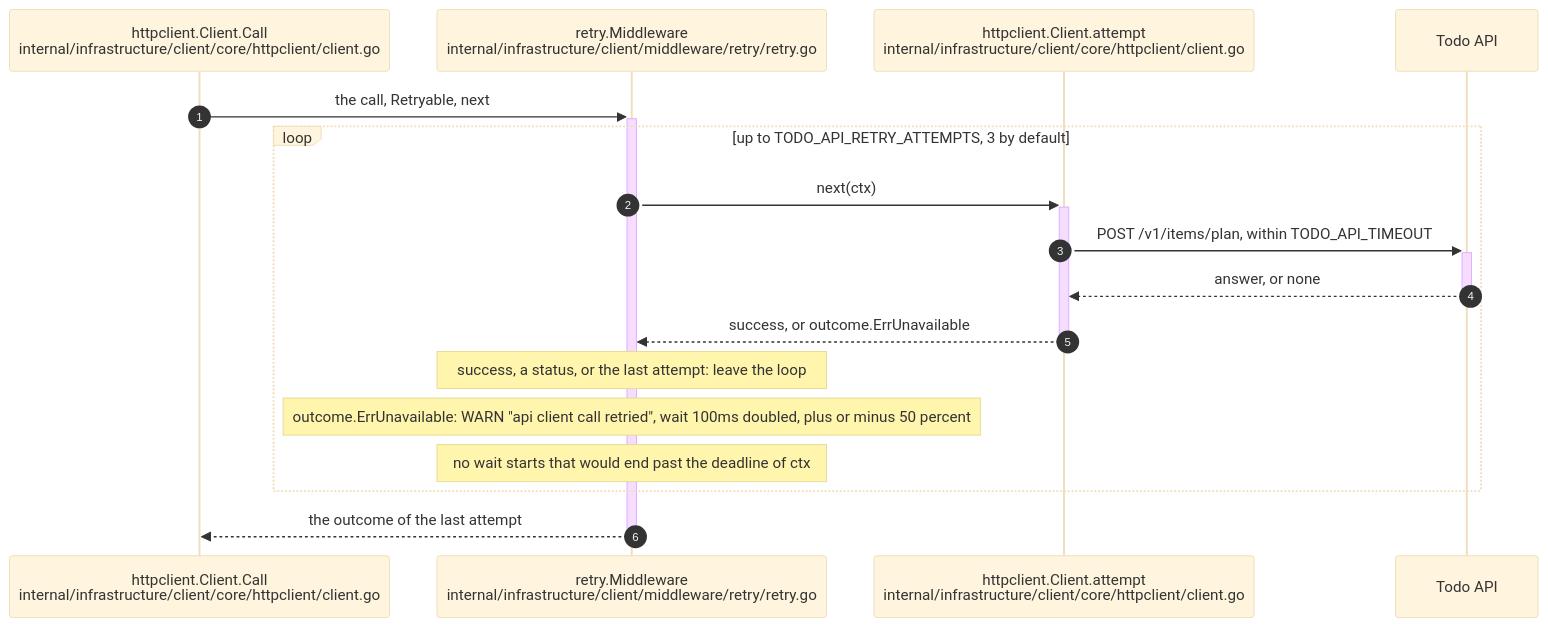
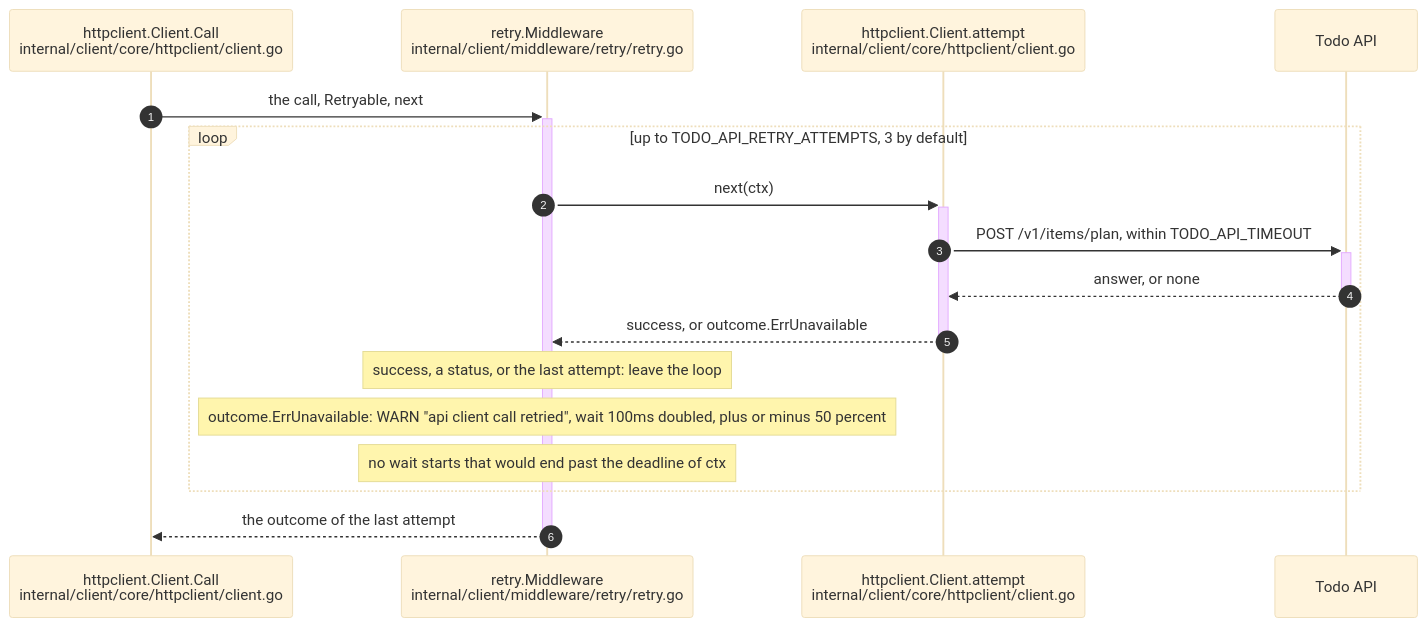
Before and after one commit to InsonusK/ai-skills: the diagram in library/architecture/go/vp-client-retry-in-go.skill/diagrams/example-flow.mmd, drawn with Mermaid (base theme). The commit also changed 646 other files, not shown here.

Commit message:
refactor: realize client and service boundaries across architecture stacks

```diff
--- a/library/architecture/go/vp-client-retry-in-go.skill/diagrams/example-flow.mmd
+++ b/library/architecture/go/vp-client-retry-in-go.skill/diagrams/example-flow.mmd
@@ -1,18 +1,18 @@
 sequenceDiagram
     autonumber
-    participant Client as httpclient.Client.Call<br/>internal/infrastructure/client/core/httpclient/client.go
-    participant Retry as retry.Middleware<br/>internal/infrastructure/client/middleware/retry/retry.go
-    participant Attempt as httpclient.Client.attempt<br/>internal/infrastructure/client/core/httpclient/client.go
+    participant Client as httpclient.Client.Call<br/>internal/client/core/httpclient/client.go
+    participant Retry as retry.Middleware<br/>internal/client/middleware/retry/retry.go
+    participant Attempt as httpclient.Client.attempt<br/>internal/client/core/httpclient/client.go
     participant API as Todo API
 
     Client->>+Retry: the call, Retryable, next
     loop up to TODO_API_RETRY_ATTEMPTS, 3 by default
         Retry->>+Attempt: next(ctx)
         Attempt->>+API: POST /v1/items/plan, within TODO_API_TIMEOUT
         API-->>-Attempt: answer, or none
         Attempt-->>-Retry: success, or outcome.ErrUnavailable
         Note over Retry: success, a status, or the last attempt: leave the loop
         Note over Retry: outcome.ErrUnavailable: WARN "api client call retried", wait 100ms doubled, plus or minus 50 percent
         Note over Retry: no wait starts that would end past the deadline of ctx
     end
     Retry-->>-Client: the outcome of the last attempt
```
